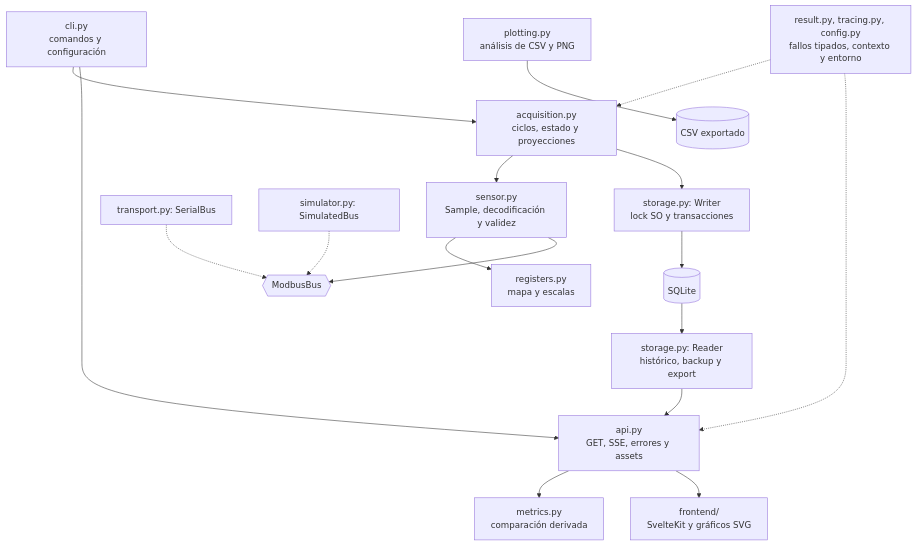
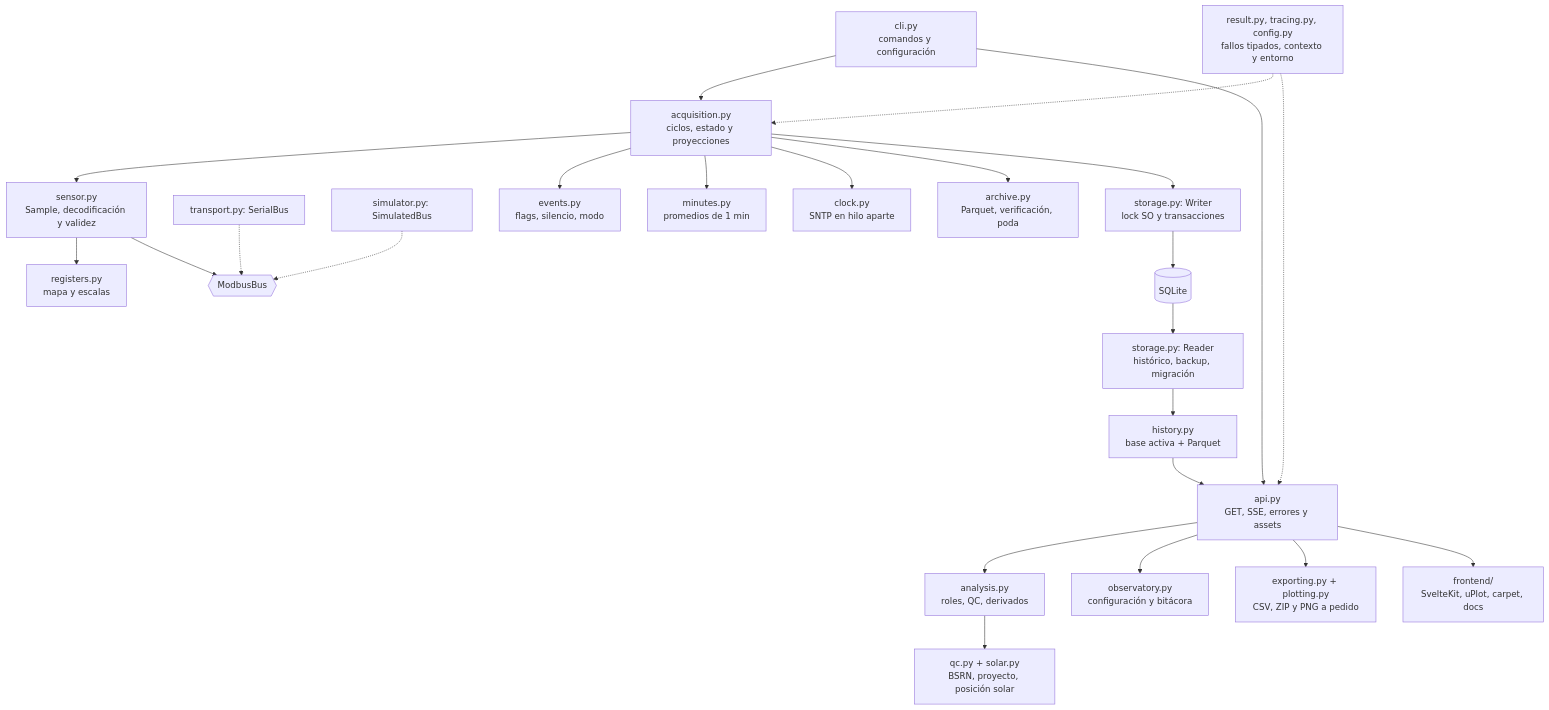
Before and after one commit to RodrigoAlexander7/solys2-automatization: the third of 4 diagrams in docs/arquitectura-c4.md, drawn with Mermaid. The commit also changed other lines of this file and 88 other files, not shown here.

````diff
--- a/docs/arquitectura-c4.md
+++ b/docs/arquitectura-c4.md
@@ -64,19 +75,26 @@
 ```mermaid
 flowchart TB
   cli["cli.py<br/>comandos y configuración"] --> acq["acquisition.py<br/>ciclos, estado y proyecciones"]
   cli --> api["api.py<br/>GET, SSE, errores y assets"]
   acq --> sensor["sensor.py<br/>Sample, decodificación y validez"]
   sensor --> regs["registers.py<br/>mapa y escalas"]
   sensor --> bus{{ModbusBus}}
   serial["transport.py: SerialBus"] -.-> bus
   sim["simulator.py: SimulatedBus"] -.-> bus
+  acq --> events["events.py<br/>flags, silencio, modo"]
+  acq --> minutes["minutes.py<br/>promedios de 1 min"]
+  acq --> clock["clock.py<br/>SNTP en hilo aparte"]
+  acq --> archive["archive.py<br/>Parquet, verificación, poda"]
   acq --> writer["storage.py: Writer<br/>lock SO y transacciones"]
   writer --> db[(SQLite)]
-  db --> reader["storage.py: Reader<br/>histórico, backup y export"]
-  reader --> api
-  api --> metrics["metrics.py<br/>comparación derivada"]
-  api --> ui["frontend/<br/>SvelteKit y gráficos SVG"]
+  db --> reader["storage.py: Reader<br/>histórico, backup, migración"]
+  reader --> history["history.py<br/>base activa + Parquet"]
+  history --> api
+  api --> analysis["analysis.py<br/>roles, QC, derivados"]
+  analysis --> qc["qc.py + solar.py<br/>BSRN, proyecto, posición solar"]
+  api --> obs["observatory.py<br/>configuración y bitácora"]
+  api --> export["exporting.py + plotting.py<br/>CSV, ZIP y PNG a pedido"]
+  api --> ui["frontend/<br/>SvelteKit, uPlot, carpet, docs"]
   common["result.py, tracing.py, config.py<br/>fallos tipados, contexto y entorno"] -.-> acq
   common -.-> api
-  plot["plotting.py<br/>análisis de CSV y PNG"] --> csv[(CSV exportado)]
 ```
````
